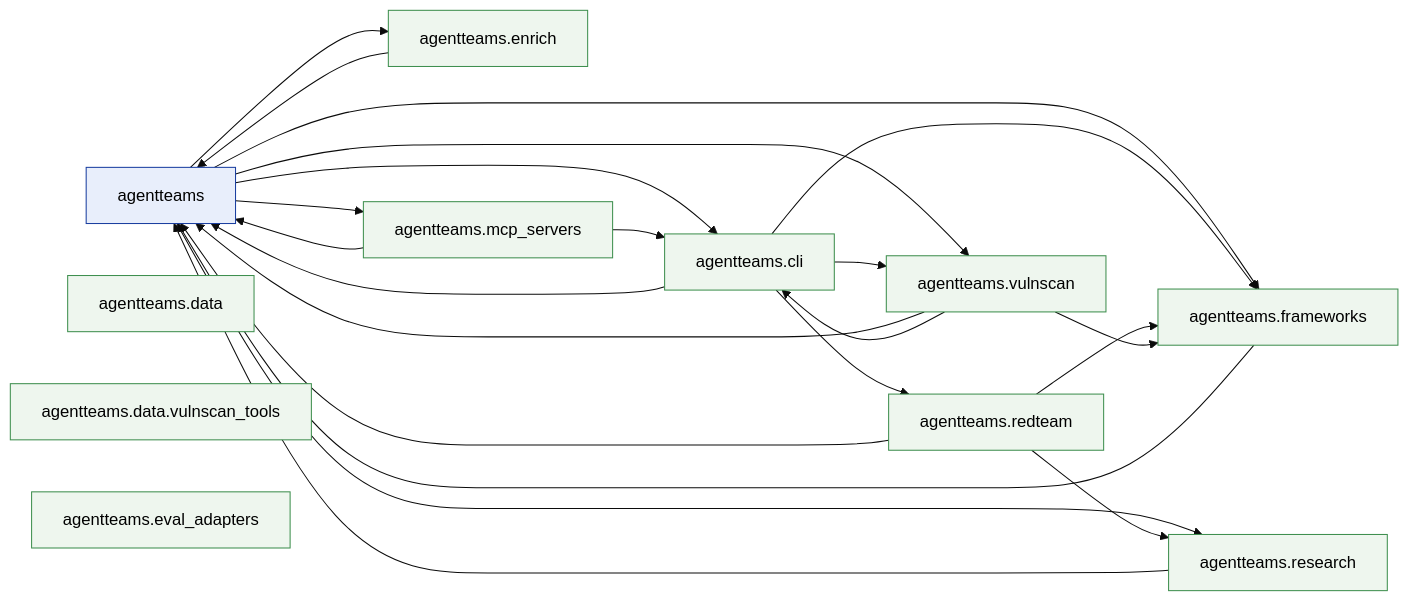
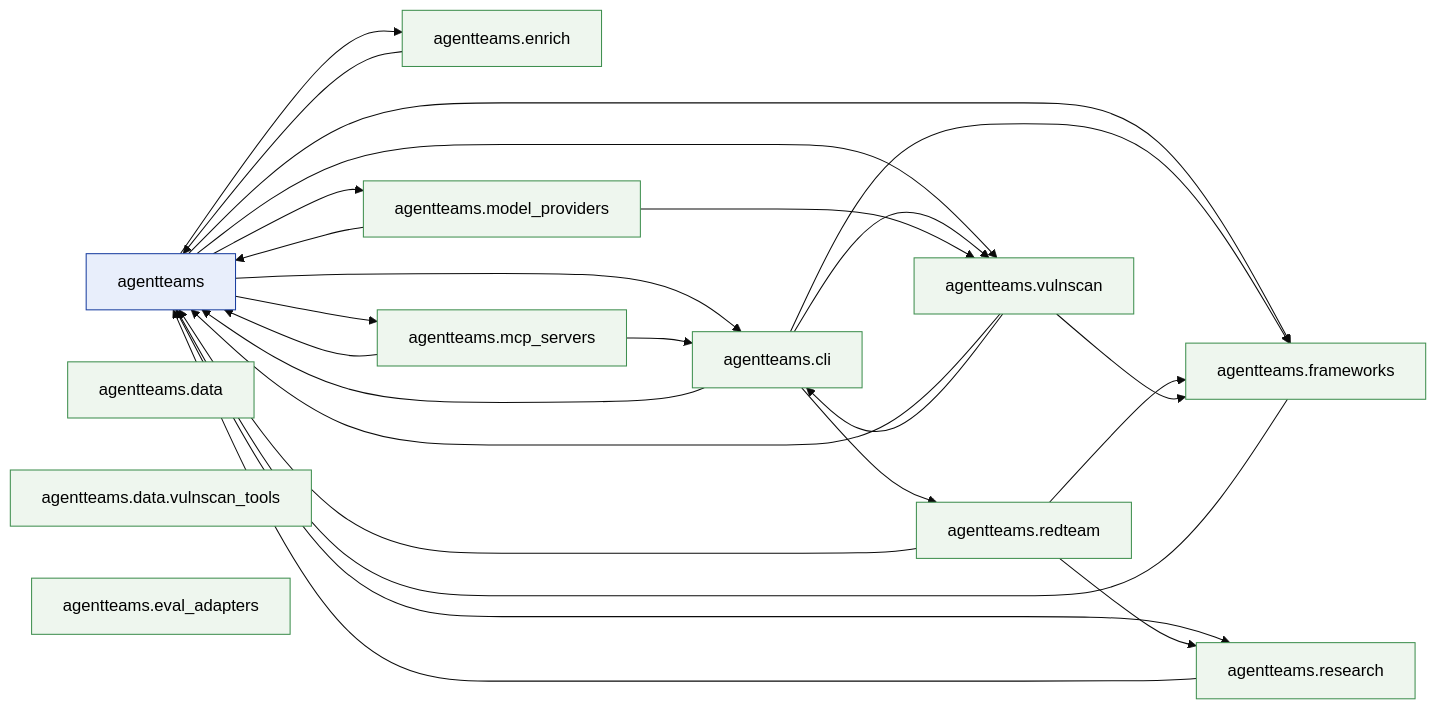
One commit to jlcatonjr/agentteams changed the first of 2 diagrams in references/architecture-graph.md. Above: the diagram before and after it, drawn with Mermaid (base theme). The commit also changed other lines of this file and 16 other files, not shown here.

First line of the commit message:
refactor(model_providers): split into a package by responsibility (@code-hygiene)

````diff
--- a/references/architecture-graph.md
+++ b/references/architecture-graph.md
@@ -414,48 +423,53 @@
 ```mermaid
 flowchart LR
     classDef root fill:#e8eefb,stroke:#1b3fa0,color:#000
     classDef sub  fill:#eef6ee,stroke:#3f8f4f,color:#000
     agentteams["agentteams"]
     class agentteams root
     agentteams_cli["agentteams.cli"]
     class agentteams_cli sub
     agentteams_data["agentteams.data"]
     class agentteams_data sub
     agentteams_data_vulnscan_tools["agentteams.data.vulnscan_tools"]
     class agentteams_data_vulnscan_tools sub
     agentteams_enrich["agentteams.enrich"]
     class agentteams_enrich sub
     agentteams_eval_adapters["agentteams.eval_adapters"]
     class agentteams_eval_adapters sub
     agentteams_frameworks["agentteams.frameworks"]
     class agentteams_frameworks sub
     agentteams_mcp_servers["agentteams.mcp_servers"]
     class agentteams_mcp_servers sub
+    agentteams_model_providers["agentteams.model_providers"]
+    class agentteams_model_providers sub
     agentteams_redteam["agentteams.redteam"]
     class agentteams_redteam sub
     agentteams_research["agentteams.research"]
     class agentteams_research sub
     agentteams_vulnscan["agentteams.vulnscan"]
     class agentteams_vulnscan sub
     agentteams --> agentteams_cli
     agentteams --> agentteams_enrich
     agentteams --> agentteams_frameworks
     agentteams --> agentteams_mcp_servers
+    agentteams --> agentteams_model_providers
     agentteams --> agentteams_research
     agentteams --> agentteams_vulnscan
     agentteams_cli --> agentteams
     agentteams_cli --> agentteams_frameworks
     agentteams_cli --> agentteams_redteam
     agentteams_cli --> agentteams_vulnscan
     agentteams_enrich --> agentteams
     agentteams_frameworks --> agentteams
     agentteams_mcp_servers --> agentteams
     agentteams_mcp_servers --> agentteams_cli
+    agentteams_model_providers --> agentteams
+    agentteams_model_providers --> agentteams_vulnscan
     agentteams_redteam --> agentteams
     agentteams_redteam --> agentteams_frameworks
     agentteams_redteam --> agentteams_research
     agentteams_research --> agentteams
     agentteams_vulnscan --> agentteams
     agentteams_vulnscan --> agentteams_cli
     agentteams_vulnscan --> agentteams_frameworks
 ```
````
